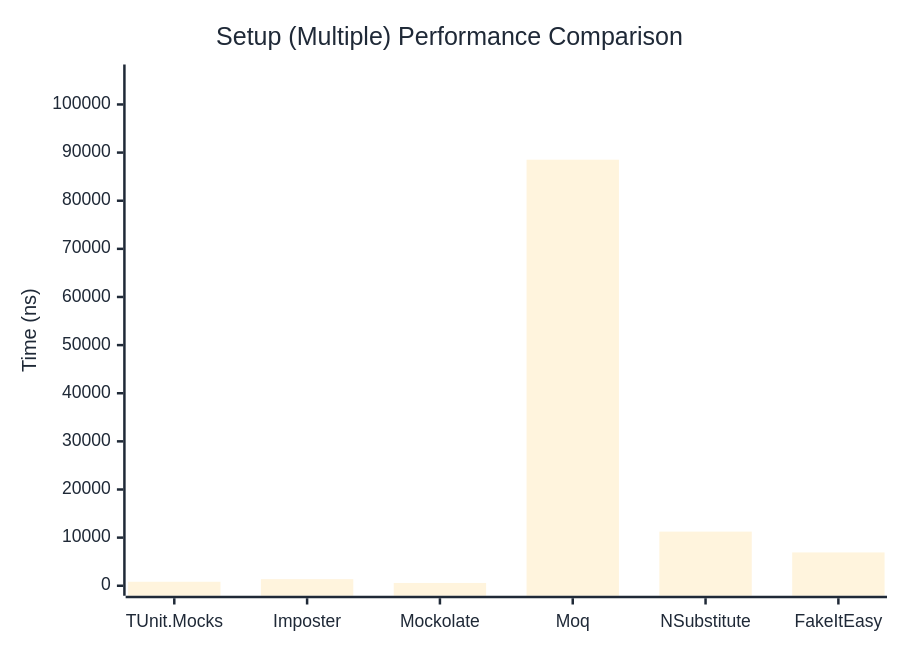
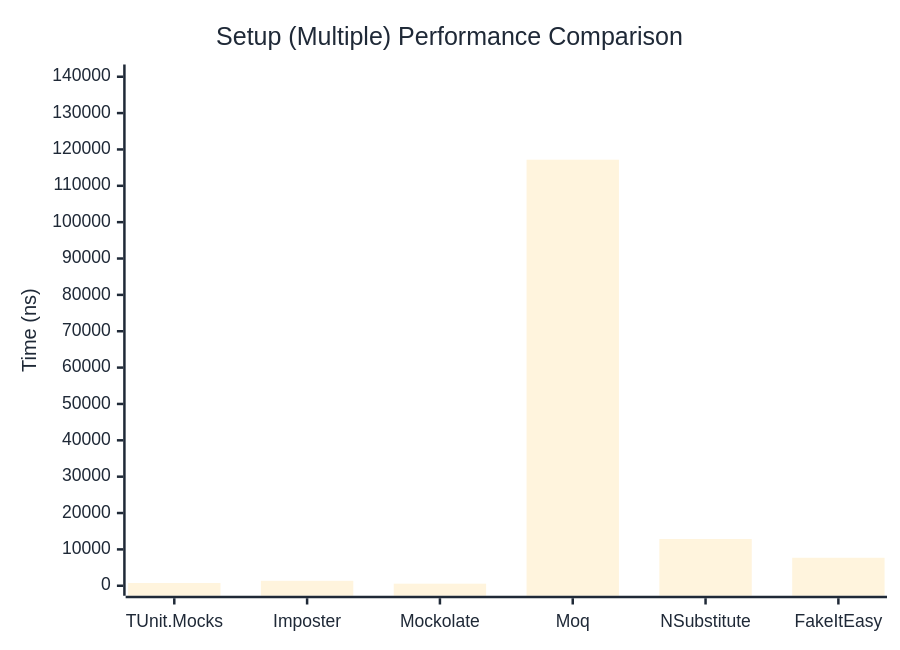
The second of 2 diagrams in docs/docs/benchmarks/mocks/Setup.md (thomhurst/TUnit), drawn with Mermaid before and after one commit. The commit also changed other lines of this file and 14 other files, not shown here.

````diff
--- a/docs/docs/benchmarks/mocks/Setup.md
+++ b/docs/docs/benchmarks/mocks/Setup.md
@@ -71,27 +71,27 @@
 ```mermaid
 %%{init: {
   'theme':'base',
   'themeVariables': {
     'primaryColor': '#2563eb',
     'primaryTextColor': '#1f2937',
     'primaryBorderColor': '#1e40af',
     'lineColor': '#6b7280',
     'secondaryColor': '#7c3aed',
     'tertiaryColor': '#dc2626',
     'background': '#ffffff',
     'pie1': '#2563eb',
     'pie2': '#7c3aed',
     'pie3': '#dc2626',
     'pie4': '#f59e0b',
     'pie5': '#10b981',
     'pie6': '#06b6d4',
     'pie7': '#ec4899',
     'pie8': '#6366f1'
   }
 }}%%
 xychart-beta
   title "Setup (Multiple) Performance Comparison"
   x-axis ["TUnit.Mocks", "Imposter", "Mockolate", "Moq", "NSubstitute", "FakeItEasy"]
-  y-axis "Time (ns)" 0 --> 106225
-  bar [828.4, 1370.1, 578.4, 88520.8, 11247.3, 6923.3]
+  y-axis "Time (ns)" 0 --> 140612
+  bar [761.4, 1352.8, 569.6, 117176.4, 12850.6, 7694.3]
 ```
````
